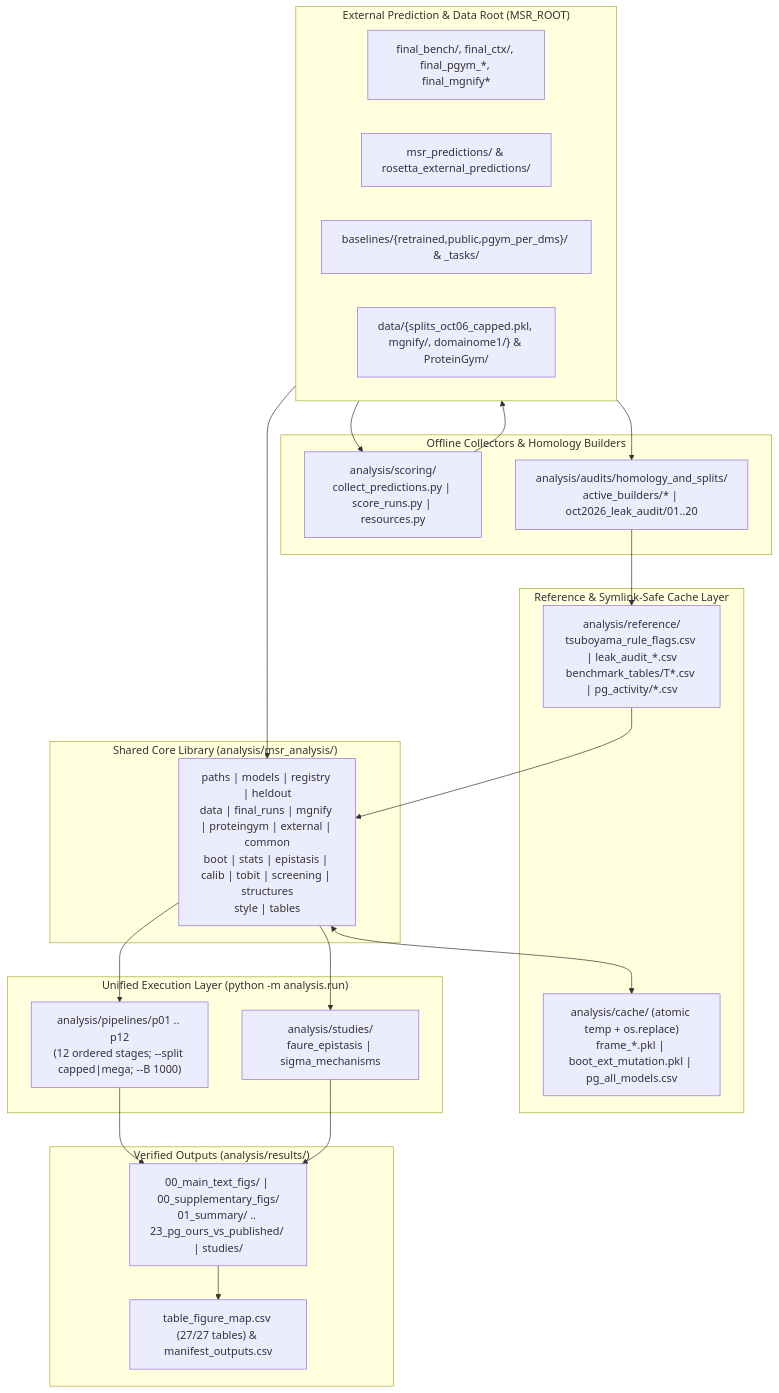
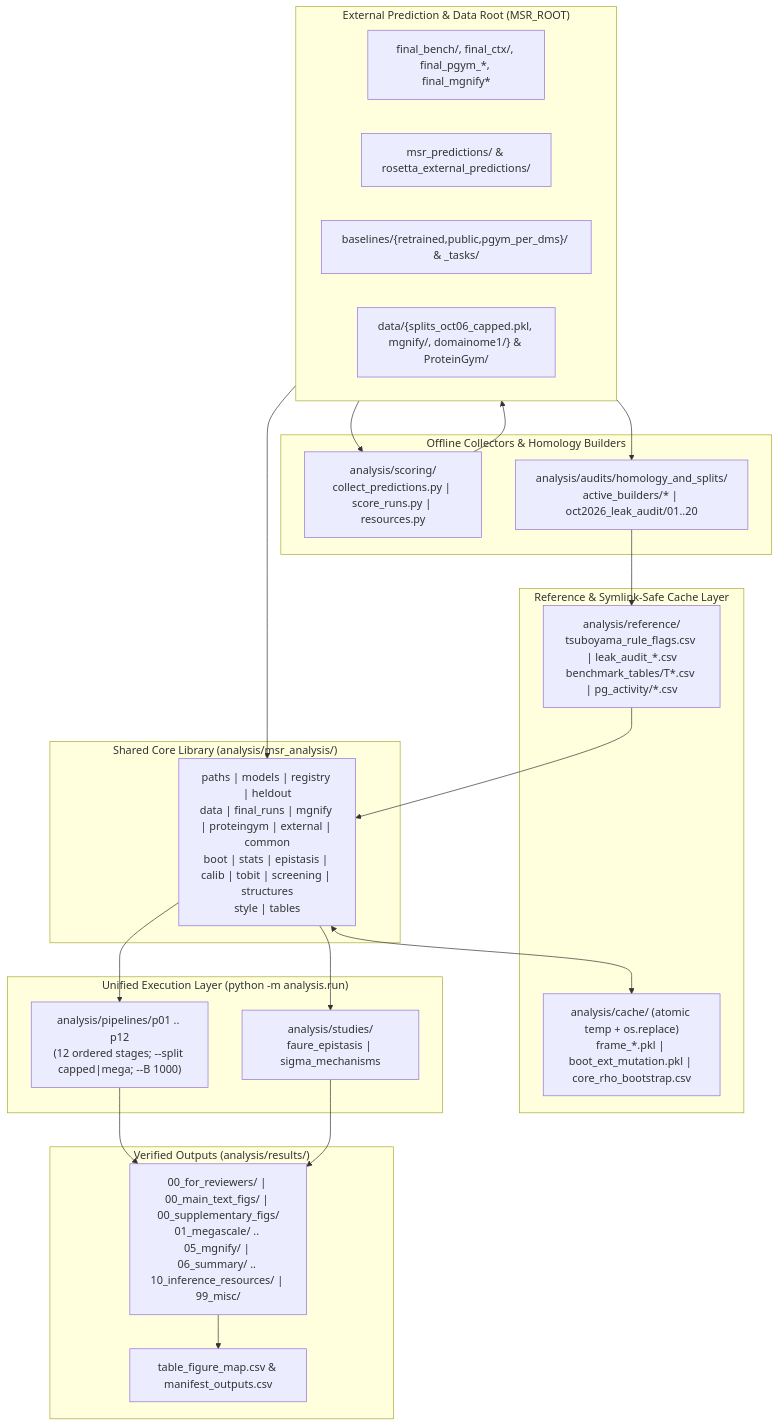
Before and after one commit to SKTeamLab/esm-msr: the diagram in analysis/docs/ARCHITECTURE_AND_FINDINGS.md, drawn with Mermaid. The commit also changed other lines of this file and 208 other files, not shown here.

````diff
--- a/analysis/docs/ARCHITECTURE_AND_FINDINGS.md
+++ b/analysis/docs/ARCHITECTURE_AND_FINDINGS.md
@@ -7,41 +7,41 @@
 ```mermaid
 flowchart TD
     subgraph External["External Prediction & Data Root (MSR_ROOT)"]
         P0["final_bench/, final_ctx/, final_pgym_*, final_mgnify*"]
         MSR["msr_predictions/ & rosetta_external_predictions/"]
         BL["baselines/{retrained,public,pgym_per_dms}/ & _tasks/"]
         RAW["data/{splits_oct06_capped.pkl, mgnify/, domainome1/} & ProteinGym/"]
     end
 
     subgraph Offline["Offline Collectors & Homology Builders"]
         SC["analysis/scoring/\ncollect_predictions.py | score_runs.py | resources.py"]
         AU["analysis/audits/homology_and_splits/\nactive_builders/* | oct2026_leak_audit/01..20"]
     end
 
     subgraph Committed["Reference & Symlink-Safe Cache Layer"]
         REF["analysis/reference/\ntsuboyama_rule_flags.csv | leak_audit_*.csv\nbenchmark_tables/T*.csv | pg_activity/*.csv"]
-        CACHE["analysis/cache/ (atomic temp + os.replace)\nframe_*.pkl | boot_ext_mutation.pkl | pg_all_models.csv"]
+        CACHE["analysis/cache/ (atomic temp + os.replace)\nframe_*.pkl | boot_ext_mutation.pkl | core_rho_bootstrap.csv"]
     end
 
     subgraph Core["Shared Core Library (analysis/msr_analysis/)"]
         LIB["paths | models | registry | heldout\ndata | final_runs | mgnify | proteingym | external | common\nboot | stats | epistasis | calib | tobit | screening | structures\nstyle | tables"]
     end
 
     subgraph Exec["Unified Execution Layer (python -m analysis.run)"]
         PIPE["analysis/pipelines/p01 .. p12\n(12 ordered stages; --split capped|mega; --B 1000)"]
         STUD["analysis/studies/\nfaure_epistasis | sigma_mechanisms"]
     end
 
     subgraph Out["Verified Outputs (analysis/results/)"]
-        FIGS["00_main_text_figs/ | 00_supplementary_figs/\n01_summary/ .. 23_pg_ours_vs_published/ | studies/"]
-        MAN["table_figure_map.csv (27/27 tables) & manifest_outputs.csv"]
+        FIGS["00_for_reviewers/ | 00_main_text_figs/ | 00_supplementary_figs/\n01_megascale/ .. 05_mgnify/ | 06_summary/ .. 10_inference_resources/ | 99_misc/"]
+        MAN["table_figure_map.csv & manifest_outputs.csv"]
     end
 
     External --> SC & AU & LIB
     SC --> External
     AU --> REF
     REF --> LIB
     LIB <--> CACHE
     LIB --> PIPE & STUD
     PIPE & STUD --> FIGS --> MAN
 ```
````
